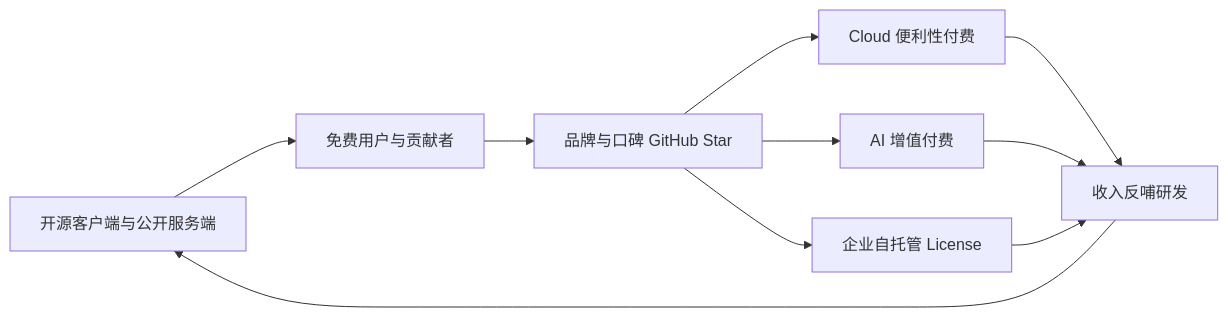
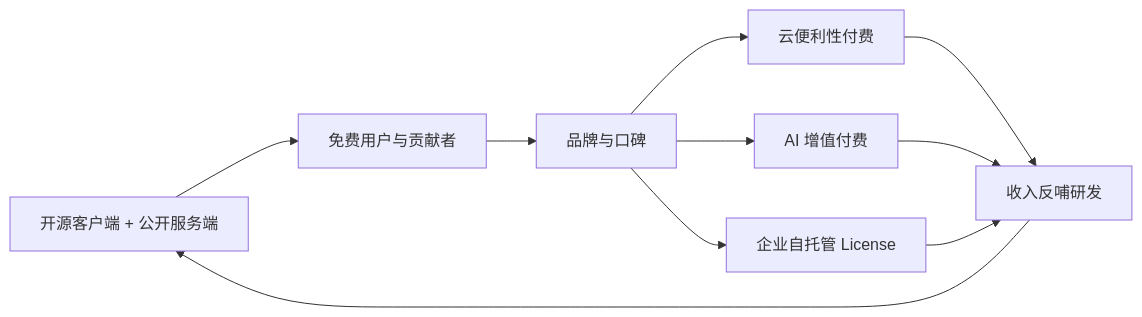
Before and after one commit to lfire/AFFiNE: the fourth of 4 diagrams in learning-guide/slides/decks/02.md, drawn with Mermaid. The commit also changed other lines of this file and 46 other files, not shown here.

````diff
--- a/learning-guide/slides/decks/02.md
+++ b/learning-guide/slides/decks/02.md
@@ -411,12 +425,12 @@
 ```mermaid
 flowchart LR
-    A[开源客户端与公开服务端] --> B[免费用户与贡献者]
-    B --> C["品牌与口碑 GitHub Star"]
-    C --> D[Cloud 便利性付费]
-    C --> E[AI 增值付费]
-    C --> F[企业自托管 License]
-    D --> G[收入反哺研发]
-    E --> G
-    F --> G
-    G --> A
+  A["开源客户端 + 公开服务端"] --> B["免费用户与贡献者"]
+  B --> C["品牌与口碑"]
+  C --> D["云便利性付费"]
+  C --> E["AI 增值付费"]
+  C --> F["企业自托管 License"]
+  D --> G["收入反哺研发"]
+  E --> G
+  F --> G
+  G --> A
 ```
````
